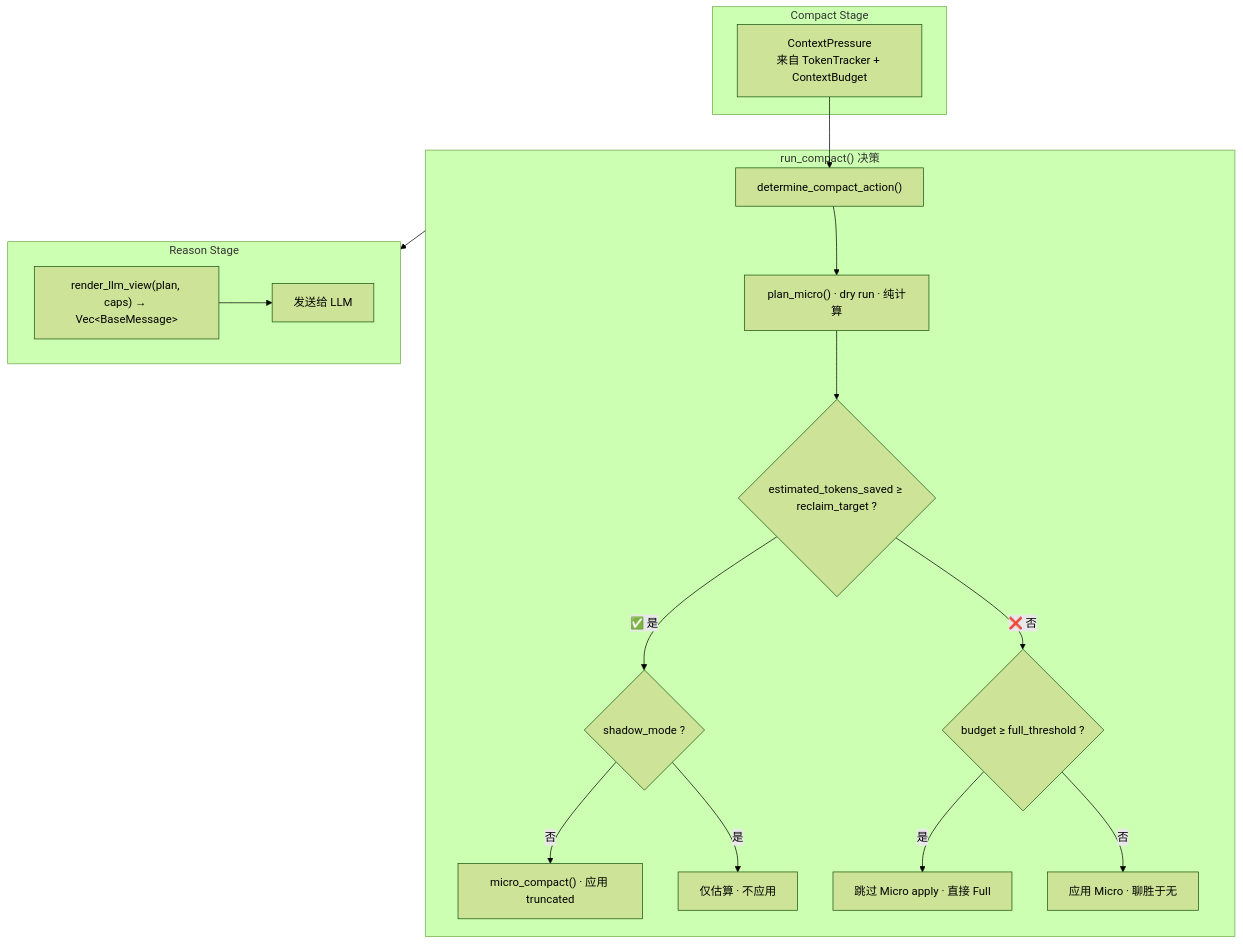
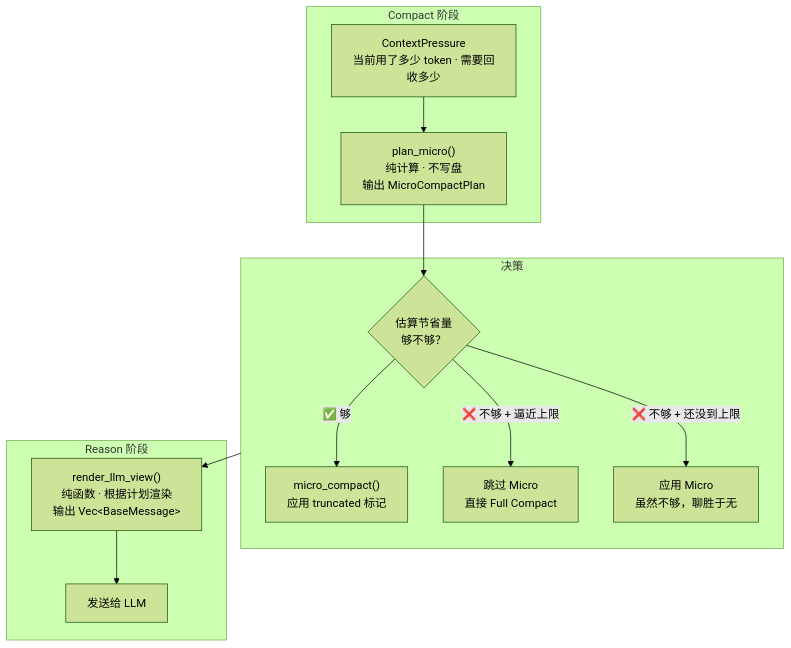
Before and after one commit to KonghaYao/peri: the first of 3 diagrams in docs/design/micro-compact-improvement-proposals.md, drawn with Mermaid (forest theme). The commit also changed other lines of this file, not shown here.

First line of the commit message:
docs: 重写 Micro Compact 设计文档——概念优先，减少类型罗列

````diff
--- a/docs/design/micro-compact-improvement-proposals.md
+++ b/docs/design/micro-compact-improvement-proposals.md
@@ -21,29 +24,27 @@
 ```mermaid
-flowchart TB
-    subgraph COMPACT["Compact Stage"]
-        CP["ContextPressure<br/>来自 TokenTracker + ContextBudget"]
+graph TB
+    subgraph STAGE["Compact 阶段"]
+        PRESSURE["ContextPressure<br/>当前用了多少 token · 需要回收多少"]
+        PLAN["plan_micro()<br/>纯计算 · 不写盘<br/>输出 MicroCompactPlan"]
+        PRESSURE --> PLAN
     end
 
-    CP --> DAC
-
-    subgraph DECISION["run_compact() 决策"]
-        DAC["determine_compact_action()"]
-        PM["plan_micro() · dry run · 纯计算"]
-        DAC --> PM
-        PM --> Q1{"estimated_tokens_saved ≥ reclaim_target ?"}
-        Q1 -->|"✅ 是"| Q2{"shadow_mode ?"}
-        Q2 -->|否| APPLY["micro_compact() · 应用 truncated"]
-        Q2 -->|是| SHADOW["仅估算 · 不应用"]
-        Q1 -->|"❌ 否"| Q3{"budget ≥ full_threshold ?"}
-        Q3 -->|是| SKIP["跳过 Micro apply · 直接 Full"]
-        Q3 -->|否| PARTIAL["应用 Micro · 聊胜于无"]
+    subgraph DECISION["决策"]
+        Q{"估算节省量<br/>够不够？"}
+        APPLY["micro_compact()<br/>应用 truncated 标记"]
+        SKIP_MF["跳过 Micro<br/>直接 Full Compact"]
+        PARTIAL["应用 Micro<br/>虽然不够，聊胜于无"]
+        Q -->|"✅ 够"| APPLY
+        Q -->|"❌ 不够 + 逼近上限"| SKIP_MF
+        Q -->|"❌ 不够 + 还没到上限"| PARTIAL
     end
 
-    subgraph REASON["Reason Stage"]
-        RLV["render_llm_view(plan, caps) → Vec&lt;BaseMessage&gt;"]
+    subgraph REASON["Reason 阶段"]
+        VIEW["render_llm_view()<br/>纯函数 · 根据计划渲染<br/>输出 Vec&lt;BaseMessage&gt;"]
         LLM["发送给 LLM"]
-        RLV --> LLM
+        VIEW --> LLM
     end
 
-    DECISION --> REASON
+    PLAN --> Q
+    DECISION --> VIEW
 ```
````
